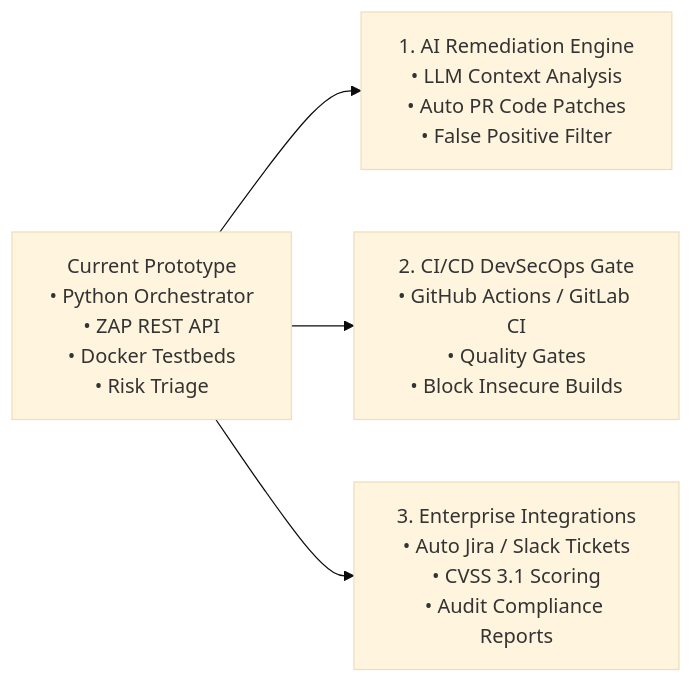
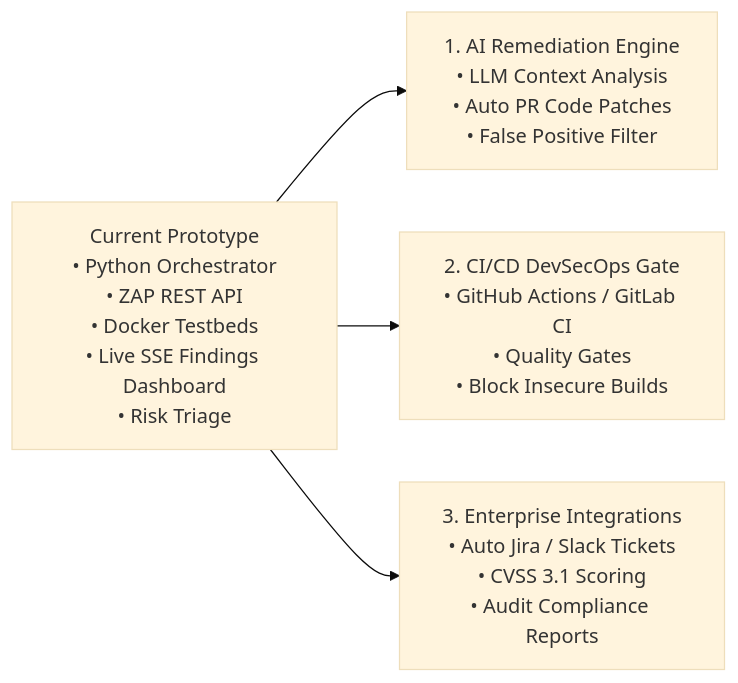
Before and after one commit to 97Satya79/CyberSentinel: the second of 2 diagrams in README.md, drawn with Mermaid (base theme). The commit also changed other lines of this file and 13 other files, not shown here.

````diff
--- a/README.md
+++ b/README.md
@@ -255,6 +383,6 @@
 ```mermaid
 graph LR
-    P[Current Prototype\n• Python Orchestrator\n• ZAP REST API\n• Docker Testbeds\n• Risk Triage] --> F1[1. AI Remediation Engine\n• LLM Context Analysis\n• Auto PR Code Patches\n• False Positive Filter]
+    P[Current Prototype\n• Python Orchestrator\n• ZAP REST API\n• Docker Testbeds\n• Live SSE Findings Dashboard\n• Risk Triage] --> F1[1. AI Remediation Engine\n• LLM Context Analysis\n• Auto PR Code Patches\n• False Positive Filter]
     P --> F2[2. CI/CD DevSecOps Gate\n• GitHub Actions / GitLab CI\n• Quality Gates\n• Block Insecure Builds]
     P --> F3[3. Enterprise Integrations\n• Auto Jira / Slack Tickets\n• CVSS 3.1 Scoring\n• Audit Compliance Reports]
 ```
````
